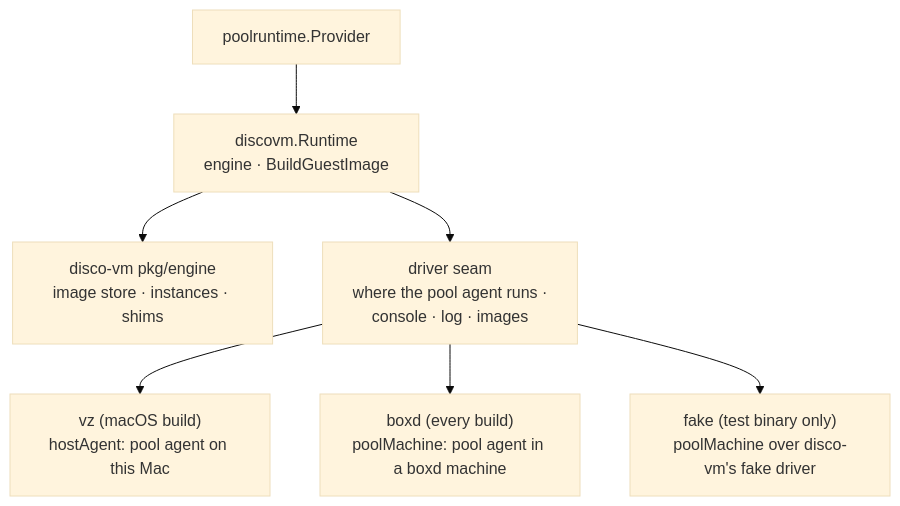
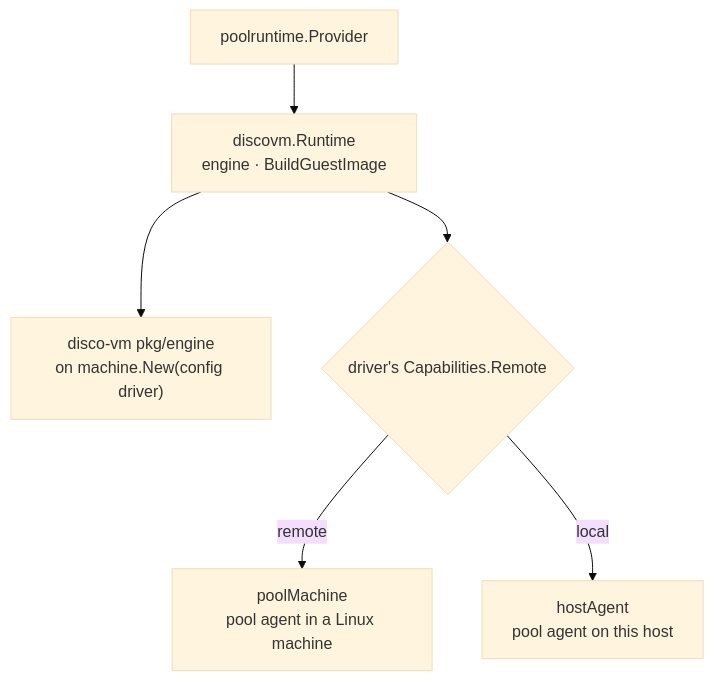
Before and after one commit to discobox-ai/discobox: the diagram in server/providers/discovm/DESIGN.md, drawn with Mermaid (base theme). The commit also changed other lines of this file and 16 other files, not shown here.

First line of the commit message:
refactor(providers): discovm passes its driver to disco-vm and keys nothing on its name

````diff
--- a/server/providers/discovm/DESIGN.md
+++ b/server/providers/discovm/DESIGN.md
@@ -11,15 +13,15 @@
 ```mermaid
 flowchart TD
     pool["poolruntime.Provider"]
     runtime["discovm.Runtime\nengine · BuildGuestImage"]
-    engine["disco-vm pkg/engine\nimage store · instances · shims"]
-    seam["driver seam\nwhere the pool agent runs ·\nconsole · log · images"]
-    vz["vz (macOS build)\nhostAgent: pool agent on this Mac"]
-    boxd["boxd (every build)\npoolMachine: pool agent in a boxd machine"]
-    fake["fake (test binary only)\npoolMachine over disco-vm's fake driver"]
+    engine["disco-vm pkg/engine\non machine.New(config driver)"]
+    host{"driver's Capabilities.Remote"}
+    machine["poolMachine\npool agent in a Linux machine"]
+    agent["hostAgent\npool agent on this host"]
 
     pool --> runtime
     runtime --> engine
-    runtime --> seam
-    seam --> vz & boxd & fake
+    runtime --> host
+    host -- remote --> machine
+    host -- local --> agent
 ```
````
